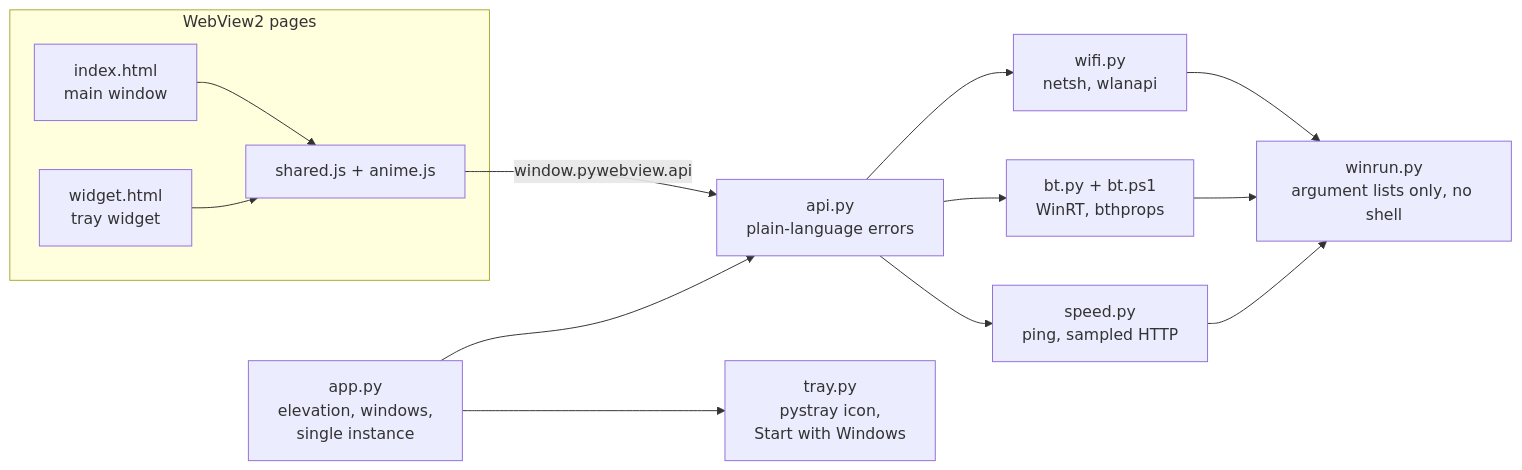
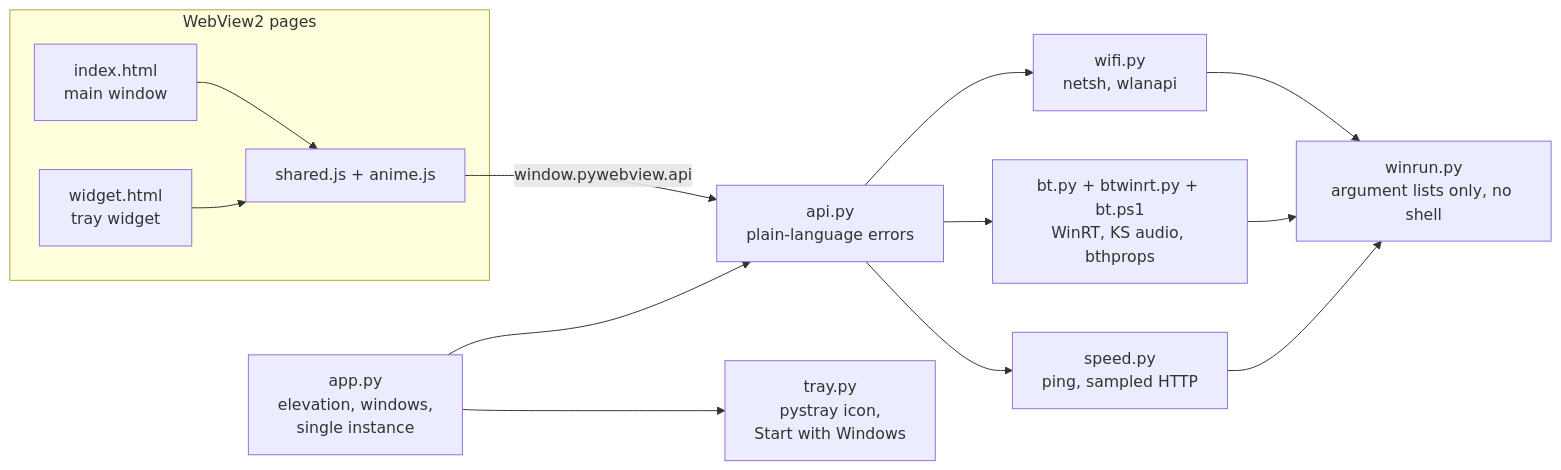
The diagram in README.md (ApurvDas/unigen-manager), drawn with Mermaid before and after one commit. The commit also changed other lines of this file, not shown here.

Commit message:
docs: README covers Bluetooth live search, PIN pairing, on/off and the audio connect chain

````diff
--- a/README.md
+++ b/README.md
@@ -206,19 +209,19 @@
 ```mermaid
 flowchart LR
     subgraph Pages["WebView2 pages"]
         index["index.html<br/>main window"]
         widget["widget.html<br/>tray widget"]
         shared["shared.js + anime.js"]
     end
     app["app.py<br/>elevation, windows,<br/>single instance"] --> api
     app --> tray["tray.py<br/>pystray icon,<br/>Start with Windows"]
     index --> shared
     widget --> shared
     shared -- "window.pywebview.api" --> api["api.py<br/>plain-language errors"]
     api --> wifi["wifi.py<br/>netsh, wlanapi"]
-    api --> bt["bt.py + bt.ps1<br/>WinRT, bthprops"]
+    api --> bt["bt.py + btwinrt.py + bt.ps1<br/>WinRT, KS audio, bthprops"]
     api --> speed["speed.py<br/>ping, sampled HTTP"]
     wifi --> winrun["winrun.py<br/>argument lists only, no shell"]
     bt --> winrun
     speed --> winrun
 ```
````
